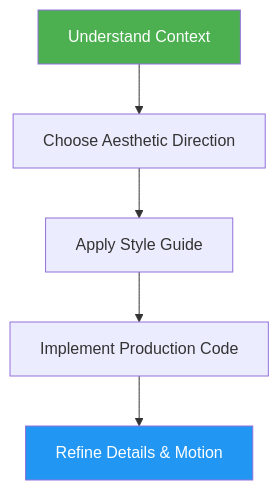
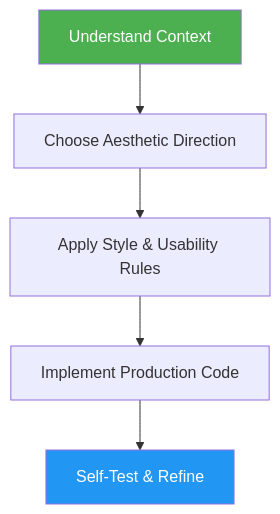
One commit to luongnv89/skills changed the diagram in skills/frontend-design/README.md. Above: the diagram before and after it, drawn with Mermaid. The commit also changed other lines of this file and 3 other files, not shown here.

````diff
--- a/skills/frontend-design/README.md
+++ b/skills/frontend-design/README.md
@@ -23,9 +23,9 @@
 ```mermaid
 graph TD
     A["Understand Context"] --> B["Choose Aesthetic Direction"]
-    B --> C["Apply Style Guide"]
+    B --> C["Apply Style & Usability Rules"]
     C --> D["Implement Production Code"]
-    D --> E["Refine Details & Motion"]
+    D --> E["Self-Test & Refine"]
     style A fill:#4CAF50,color:#fff
     style E fill:#2196F3,color:#fff
 ```
````
